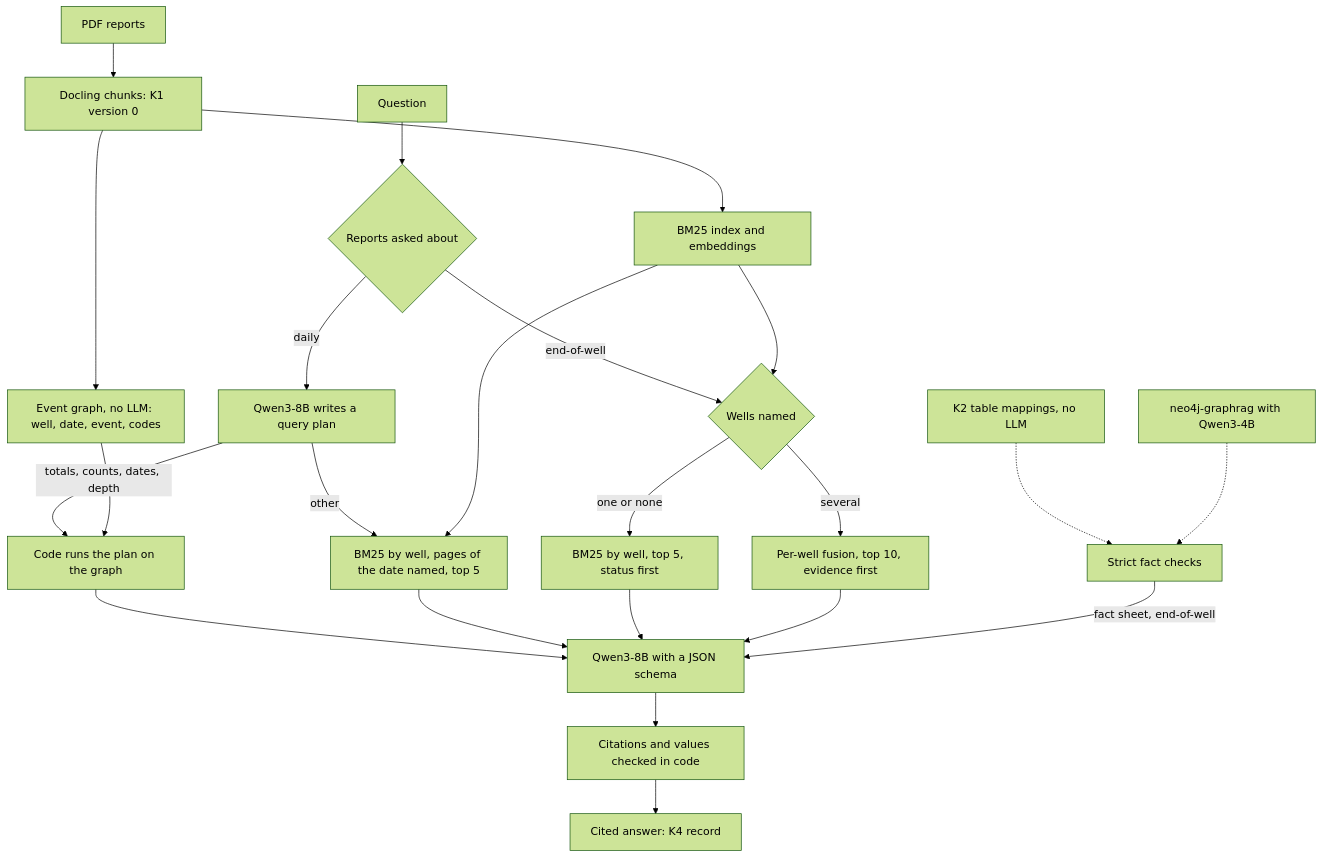
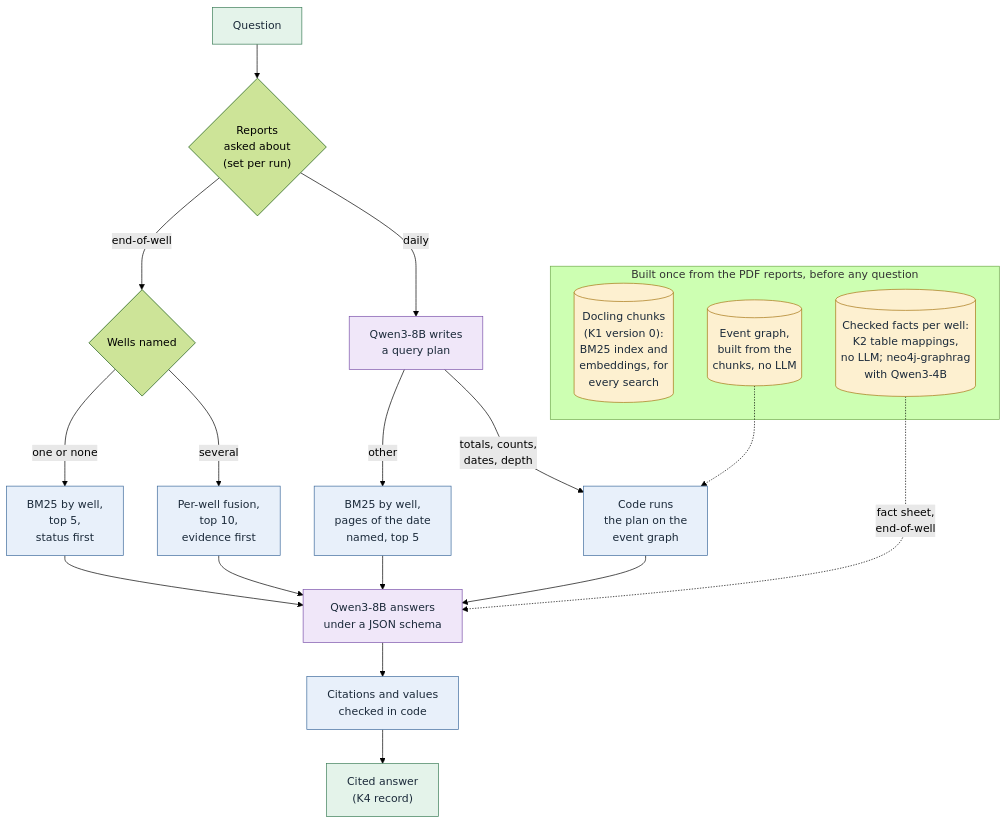
One commit to thaitri2005/Secure-O-G-LLM-and-Knowledge-Graph changed the eighth of 9 diagrams in docs/PROJECT_DESIGN.md. Above: the diagram before and after it, drawn with Mermaid (forest theme). The commit also changed other lines of this file and 47 other files, not shown here.

````diff
--- a/docs/PROJECT_DESIGN.md
+++ b/docs/PROJECT_DESIGN.md
@@ -1010,25 +1068,25 @@
 ```mermaid
 flowchart TD
-    PDF[PDF reports] --> K1[Docling chunks: K1 version 0]
-    K1 --> IDX[BM25 index and embeddings]
-    K1 --> EV[Event graph, no LLM: well, date, event, codes]
-    Q[Question] --> KIND{Reports asked about}
-    KIND -- "end-of-well" --> ROUTE{Wells named}
-    KIND -- "daily" --> PLAN[Qwen3-8B writes a query plan]
-    PLAN -- "totals, counts, dates, depth" --> RUN[Code runs the plan on the graph]
-    EV --> RUN
-    PLAN -- "other" --> DATE[BM25 by well, pages of the date named, top 5]
-    IDX --> ROUTE
-    IDX --> DATE
-    ROUTE -- "one or none" --> ONE[BM25 by well, top 5, status first]
-    ROUTE -- "several" --> MANY[Per-well fusion, top 10, evidence first]
-    RUN --> LLM[Qwen3-8B with a JSON schema]
-    DATE --> LLM
-    ONE --> LLM
-    MANY --> LLM
-    LLM --> CHECK[Citations and values checked in code]
-    CHECK --> K4[Cited answer: K4 record]
-    MAP[K2 table mappings, no LLM] -.-> VAL[Strict fact checks]
-    EXT[neo4j-graphrag with Qwen3-4B] -.-> VAL
-    VAL -->|fact sheet, end-of-well| LLM
+    Q["Question"]:::ui --> KIND{"Reports<br/>asked about<br/>(set per run)"}
+    KIND -- "end-of-well" --> ROUTE{"Wells named"}
+    KIND -- "daily" --> PLAN["Qwen3-8B writes<br/>a query plan"]:::model
+    ROUTE -- "one or none" --> ONE["BM25 by well,<br/>top 5,<br/>status first"]:::svc
+    ROUTE -- "several" --> MANY["Per-well fusion,<br/>top 10,<br/>evidence first"]:::svc
+    PLAN -- "other" --> DATE["BM25 by well,<br/>pages of the date<br/>named, top 5"]:::svc
+    PLAN -- "totals, counts,<br/>dates, depth" --> RUN["Code runs<br/>the plan on the<br/>event graph"]:::svc
+    ONE & MANY & DATE & RUN --> LLM["Qwen3-8B answers<br/>under a JSON schema"]:::model
+    LLM --> CHECK["Citations and values<br/>checked in code"]:::svc
+    CHECK --> K4["Cited answer<br/>(K4 record)"]:::ui
+    subgraph BUILD["Built once from the PDF reports, before any question"]
+        IDX[("Docling chunks<br/>(K1 version 0):<br/>BM25 index and<br/>embeddings, for<br/>every search")]:::store
+        FS[("Checked facts per well:<br/>K2 table mappings,<br/>no LLM; neo4j-graphrag<br/>with Qwen3-4B")]:::store
+        EV[("Event graph,<br/>built from the<br/>chunks, no LLM")]:::store
+    end
+    EV -.-> RUN
+    FS -. "fact sheet,<br/>end-of-well" .-> LLM
+    classDef ui fill:#e4f3ea,stroke:#3b7d57,color:#1b2a3a
+    classDef svc fill:#e8f0fa,stroke:#3d6a9c,color:#1b2a3a
+    classDef store fill:#fdf0d0,stroke:#a67512,color:#1b2a3a
+    classDef model fill:#f0e7f9,stroke:#7b52ab,color:#1b2a3a
+    classDef ext fill:#f3f4f6,stroke:#6b7280,color:#1b2a3a,stroke-dasharray:5 4
 ```
````
